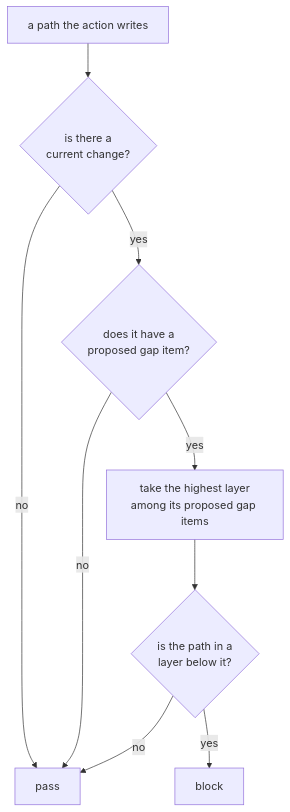
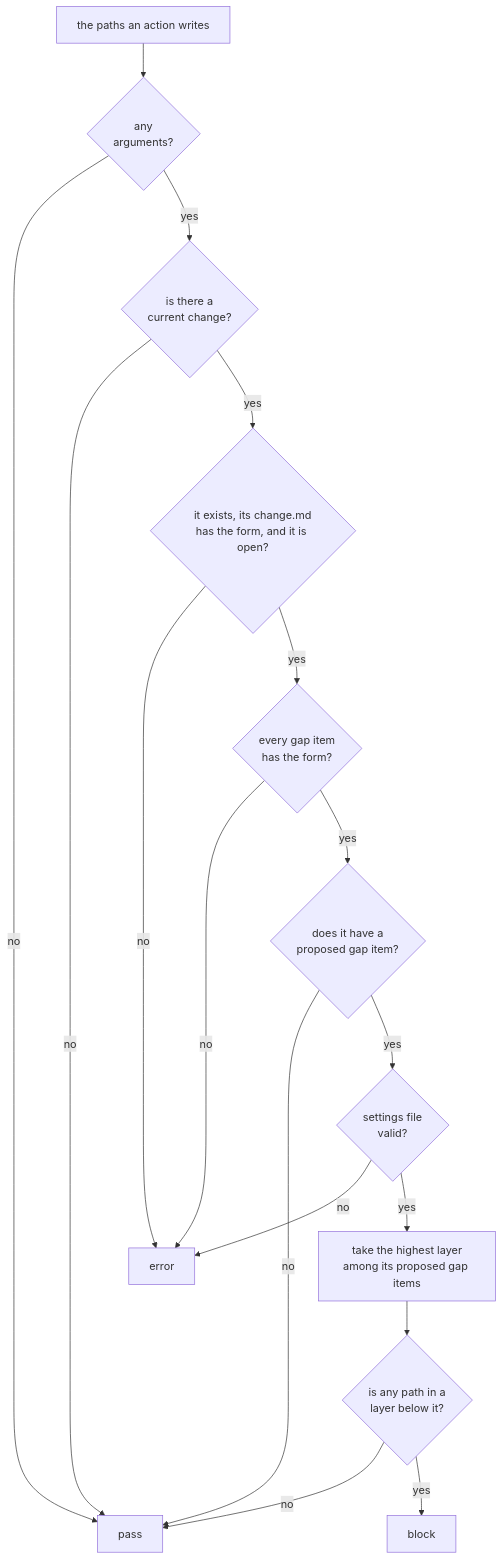
Before and after one commit to jheun66/plumbline: the second of 2 diagrams in docs/design/guards.md, drawn with Mermaid. The commit also changed other lines of this file and 13 other files, not shown here.

````diff
--- a/docs/design/guards.md
+++ b/docs/design/guards.md
@@ -82,11 +82,19 @@
 ```mermaid
 flowchart TD
-  A["a path the action writes"] --> B{"is there a<br/>current change?"}
-  B -->|"no"| P["pass"]
-  B -->|"yes"| C{"does it have a<br/>proposed gap item?"}
+  A["the paths an action writes"] --> N{"any<br/>arguments?"}
+  N -->|"no"| P["pass"]
+  N -->|"yes"| B{"is there a<br/>current change?"}
+  B -->|"no"| P
+  B -->|"yes"| R{"it exists, its change.md<br/>has the form, and it is open?"}
+  R -->|"no"| X["error"]
+  R -->|"yes"| G{"every gap item<br/>has the form?"}
+  G -->|"no"| X
+  G -->|"yes"| C{"does it have a<br/>proposed gap item?"}
   C -->|"no"| P
-  C -->|"yes"| D["take the highest layer<br/>among its proposed gap items"]
-  D --> E{"is the path in a<br/>layer below it?"}
+  C -->|"yes"| S{"settings file<br/>valid?"}
+  S -->|"no"| X
+  S -->|"yes"| D["take the highest layer<br/>among its proposed gap items"]
+  D --> E{"is any path in a<br/>layer below it?"}
   E -->|"no"| P
   E -->|"yes"| K["block"]
 ```
````
